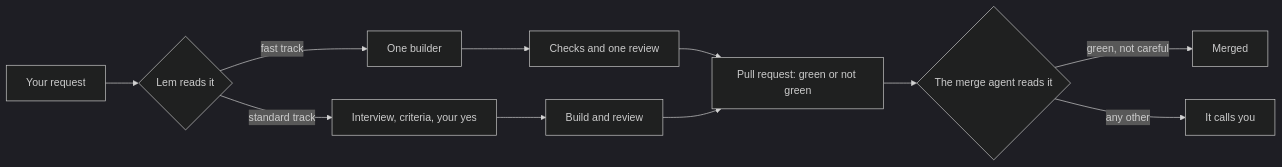
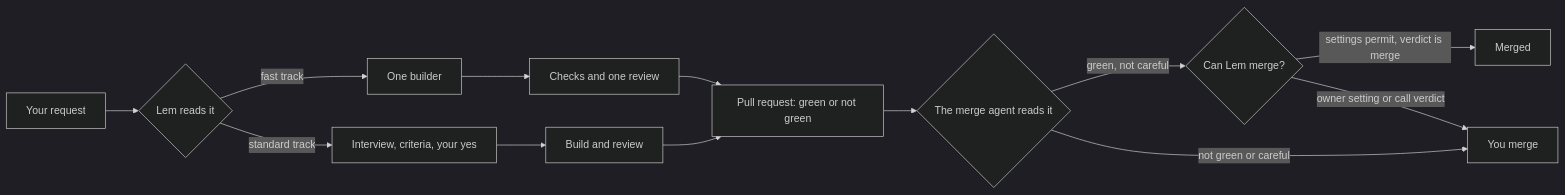
Before and after one commit to pySilver/lem: the diagram in docs/index.md, drawn with Mermaid (dark theme). The commit also changed other lines of this file and 22 other files, not shown here.

````diff
--- a/docs/index.md
+++ b/docs/index.md
@@ -43,13 +43,15 @@
 ```mermaid
 flowchart LR
   request["Your request"] --> read{"Lem reads it"}
   read -->|"fast track"| builder["One builder"]
   builder --> checks["Checks and one review"]
   read -->|"standard track"| talk["Interview, criteria, your yes"]
   talk --> build["Build and review"]
   checks --> pr["Pull request: green or not green"]
   build --> pr
   pr --> merger{"The merge agent reads it"}
-  merger -->|"green, not careful"| merged["Merged"]
-  merger -->|"any other"| you["It calls you"]
+  merger -->|"green, not careful"| allowed{"Can Lem merge?"}
+  allowed -->|"settings permit, verdict is merge"| merged["Merged"]
+  allowed -->|"owner setting or call verdict"| you["You merge"]
+  merger -->|"not green or careful"| you
 ```
````
